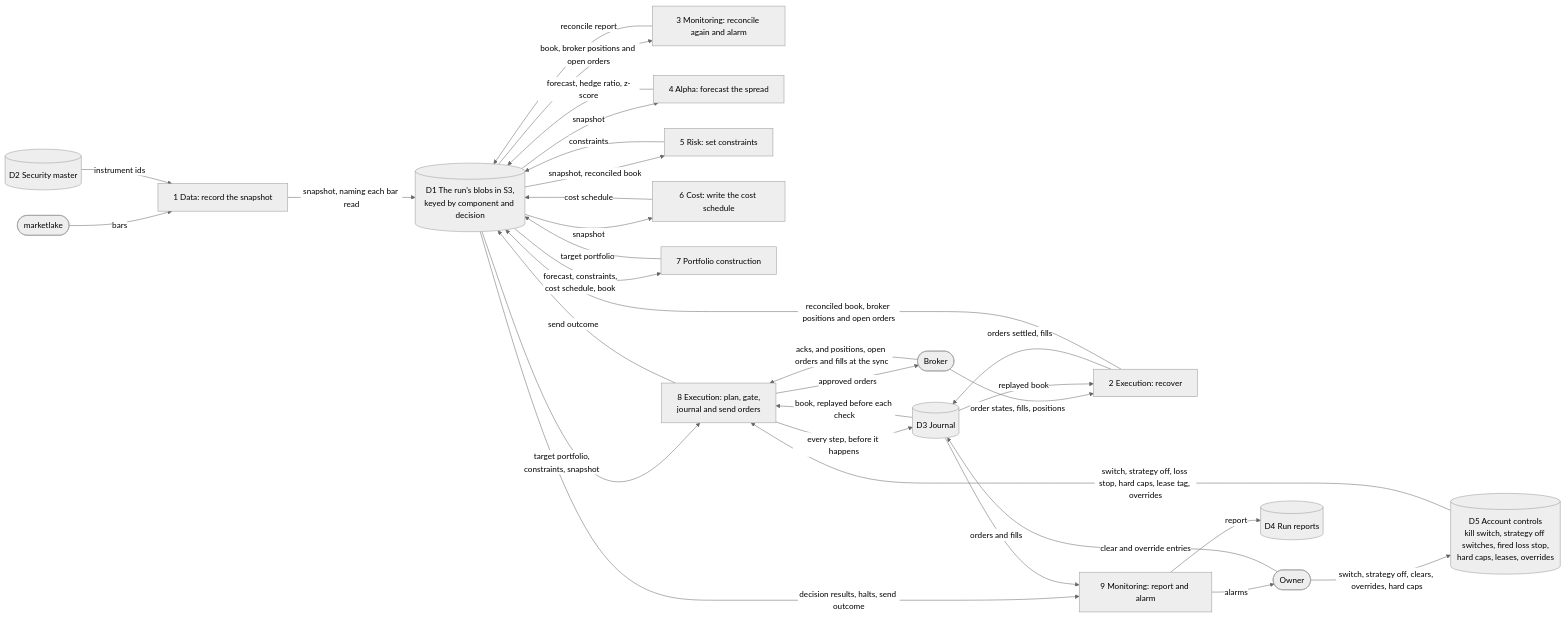
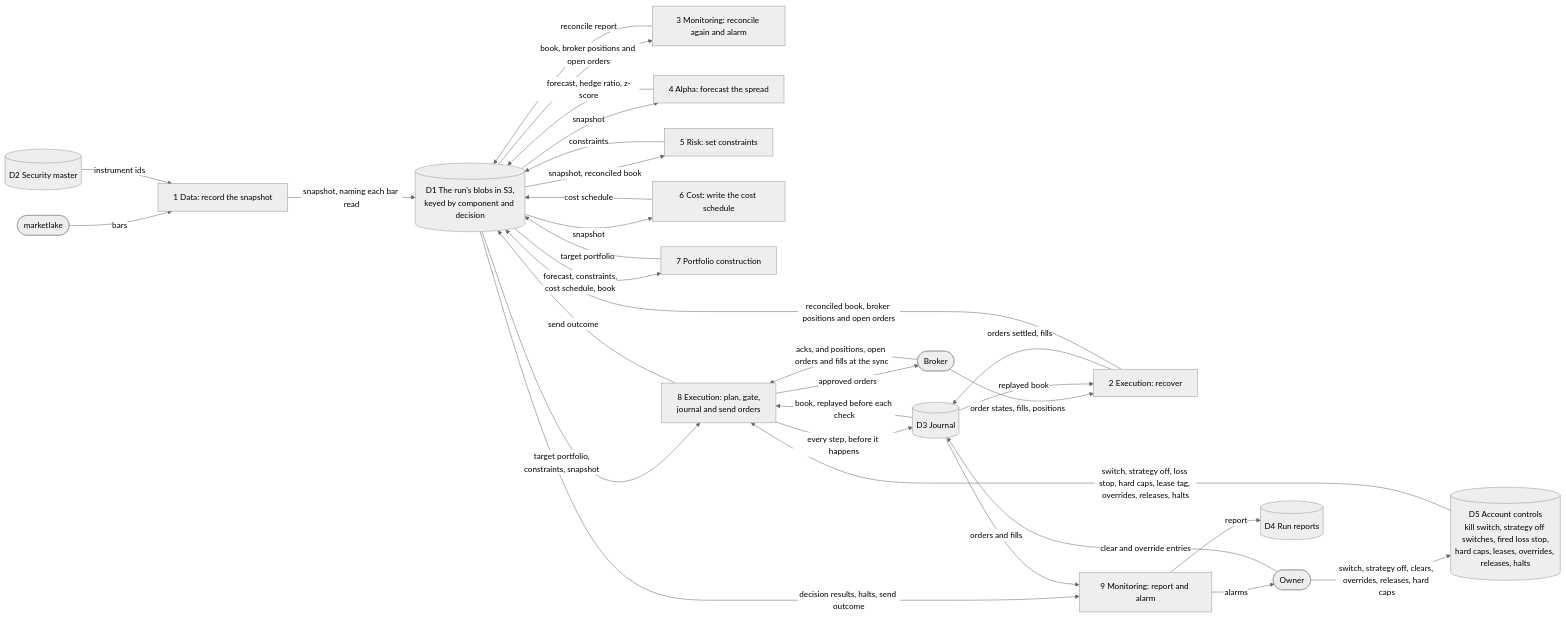
One commit to l3a0/ithildin-runtime changed diagram 12 of 25 in docs/architecture.md. Above: the diagram before and after it, drawn with Mermaid (neutral theme). The commit also changed other lines of this file and 3 other files, not shown here.

````diff
--- a/docs/architecture.md
+++ b/docs/architecture.md
@@ -665,53 +664,53 @@
 ```mermaid
 flowchart LR
     vendor(["marketlake"])
     brokerx(["Broker"])
     ownerx(["Owner"])
 
     p1["1 Data: record the snapshot"]
     p2["2 Execution: recover"]
     p3["3 Monitoring: reconcile again and alarm"]
     p4["4 Alpha: forecast the spread"]
     p5["5 Risk: set constraints"]
     p6["6 Cost: write the cost schedule"]
     p7["7 Portfolio construction"]
     p8["8 Execution: plan, gate,<br/>journal and send orders"]
     p9["9 Monitoring: report and alarm"]
 
     d1[("D1 The run's blobs in S3,<br/>keyed by component and decision")]
     d2[("D2 Security master")]
     d3[("D3 Journal")]
     d4[("D4 Run reports")]
-    d5[("D5 Account controls<br/>kill switch, strategy off switches, fired loss stop,<br/>hard caps, leases, overrides")]
+    d5[("D5 Account controls<br/>kill switch, strategy off switches, fired loss stop,<br/>hard caps, leases, overrides, releases, halts")]
 
     vendor -->|"bars"| p1
     d2 -->|"instrument ids"| p1
     p1 -->|"snapshot, naming each bar read"| d1
     brokerx -->|"order states, fills, positions"| p2
     p2 -->|"orders settled, fills"| d3
     d3 -->|"replayed book"| p2
     p2 -->|"reconciled book, broker positions and open orders"| d1
     d1 -->|"book, broker positions and open orders"| p3
     p3 -->|"reconcile report"| d1
     d1 -->|"snapshot"| p4
     p4 -->|"forecast, hedge ratio, z-score"| d1
     d1 -->|"snapshot, reconciled book"| p5
     p5 -->|"constraints"| d1
     d1 -->|"snapshot"| p6
     p6 -->|"cost schedule"| d1
     d1 -->|"forecast, constraints,<br/>cost schedule, book"| p7
     p7 -->|"target portfolio"| d1
     d1 -->|"target portfolio,<br/>constraints, snapshot"| p8
     d3 -->|"book, replayed before each check"| p8
     p8 -->|"every step, before it happens"| d3
     p8 -->|"approved orders"| brokerx
     brokerx -->|"acks, and positions, open orders and fills at the sync"| p8
     p8 -->|"send outcome"| d1
     d1 -->|"decision results, halts, send outcome"| p9
     d3 -->|"orders and fills"| p9
     p9 -->|"report"| d4
     p9 -->|"alarms"| ownerx
-    ownerx -->|"switch, strategy off, clears, overrides, hard caps"| d5
+    ownerx -->|"switch, strategy off, clears, overrides, releases, hard caps"| d5
     ownerx -->|"clear and override entries"| d3
-    d5 -->|"switch, strategy off, loss stop, hard caps, lease tag, overrides"| p8
+    d5 -->|"switch, strategy off, loss stop, hard caps, lease tag, overrides, releases, halts"| p8
 ```
````
